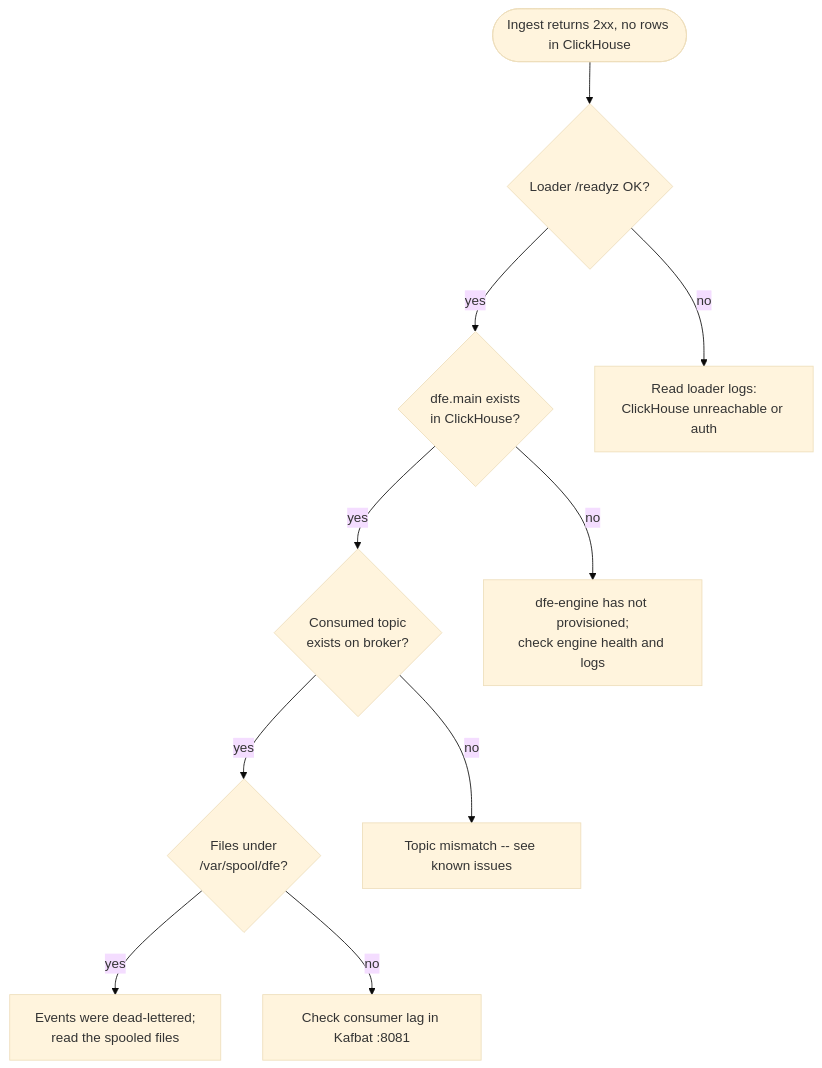
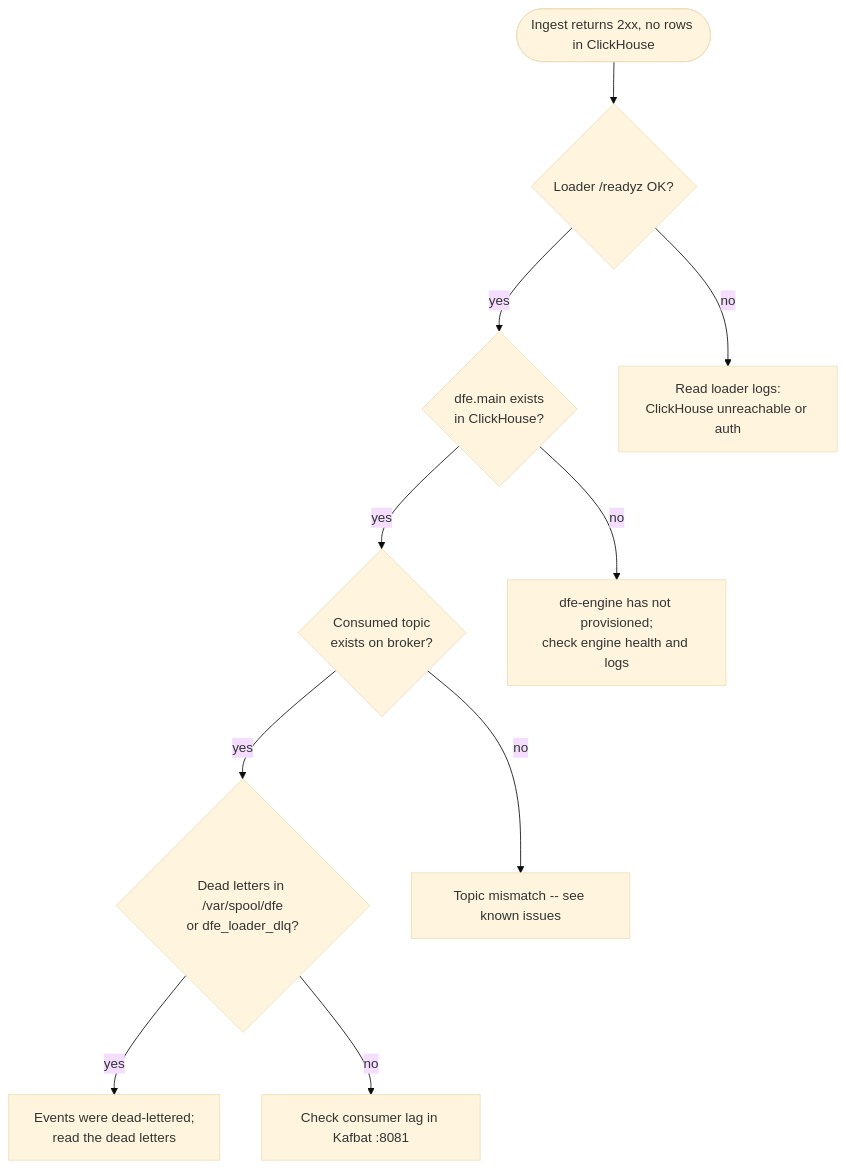
Before and after one commit to hyperi-io/dfe-docker: the second of 2 diagrams in docs/troubleshooting.md, drawn with Mermaid (base theme). The commit also changed other lines of this file and 6 other files, not shown here.

First line of the commit message:
fix: keep the dead-letter queue on in the shipped loader configs (#199)

````diff
--- a/docs/troubleshooting.md
+++ b/docs/troubleshooting.md
@@ -166,18 +166,18 @@
 ```mermaid
 flowchart TD
     start(["Ingest returns 2xx, no rows in ClickHouse"])
     loader{"Loader /readyz OK?"}
     schema{"dfe.main exists<br/>in ClickHouse?"}
     topic{"Consumed topic<br/>exists on broker?"}
-    dlq{"Files under<br/>/var/spool/dfe?"}
+    dlq{"Dead letters in /var/spool/dfe<br/>or dfe_loader_dlq?"}
 
     start --> loader
     loader -->|no| fixloader["Read loader logs:<br/>ClickHouse unreachable or auth"]
     loader -->|yes| schema
     schema -->|no| fixschema["dfe-engine has not provisioned;<br/>check engine health and logs"]
     schema -->|yes| topic
     topic -->|no| fixtopic["Topic mismatch -- see known issues"]
     topic -->|yes| dlq
-    dlq -->|yes| fixdlq["Events were dead-lettered;<br/>read the spooled files"]
+    dlq -->|yes| fixdlq["Events were dead-lettered;<br/>read the dead letters"]
     dlq -->|no| lag["Check consumer lag in Kafbat :8081"]
 ```
````
